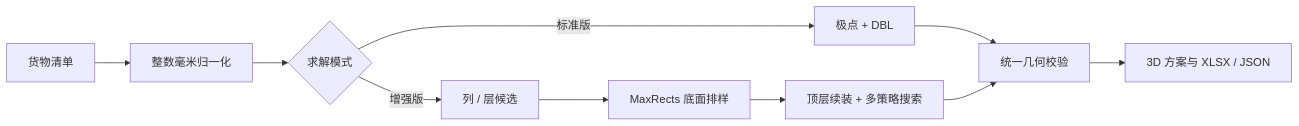
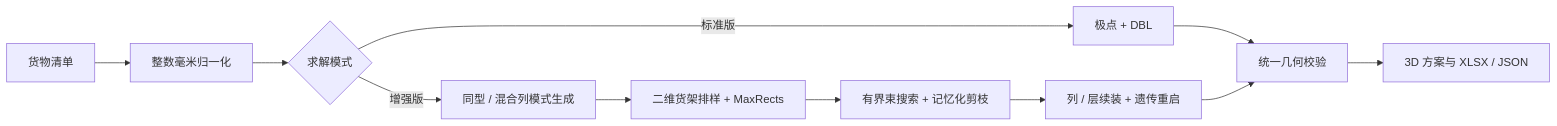
One commit to hyt0019/loader changed the first of 2 diagrams in README.md. Above: the diagram before and after it, drawn with Mermaid. The commit also changed other lines of this file and 3 other files, not shown here.

````diff
--- a/README.md
+++ b/README.md
@@ -41,12 +41,13 @@
 ```mermaid
 flowchart LR
     A[货物清单] --> B[整数毫米归一化]
     B --> C{求解模式}
     C -->|标准版| D[极点 + DBL]
-    C -->|增强版| E[列 / 层候选]
-    E --> F[MaxRects 底面排样]
-    F --> G[顶层续装 + 多策略搜索]
+    C -->|增强版| E[同型 / 混合列模式生成]
+    E --> F[二维货架排样 + MaxRects]
+    F --> G[有界束搜索 + 记忆化剪枝]
+    G --> J[列 / 层续装 + 遗传重启]
     D --> H[统一几何校验]
-    G --> H
+    J --> H
     H --> I[3D 方案与 XLSX / JSON]
 ```
````
